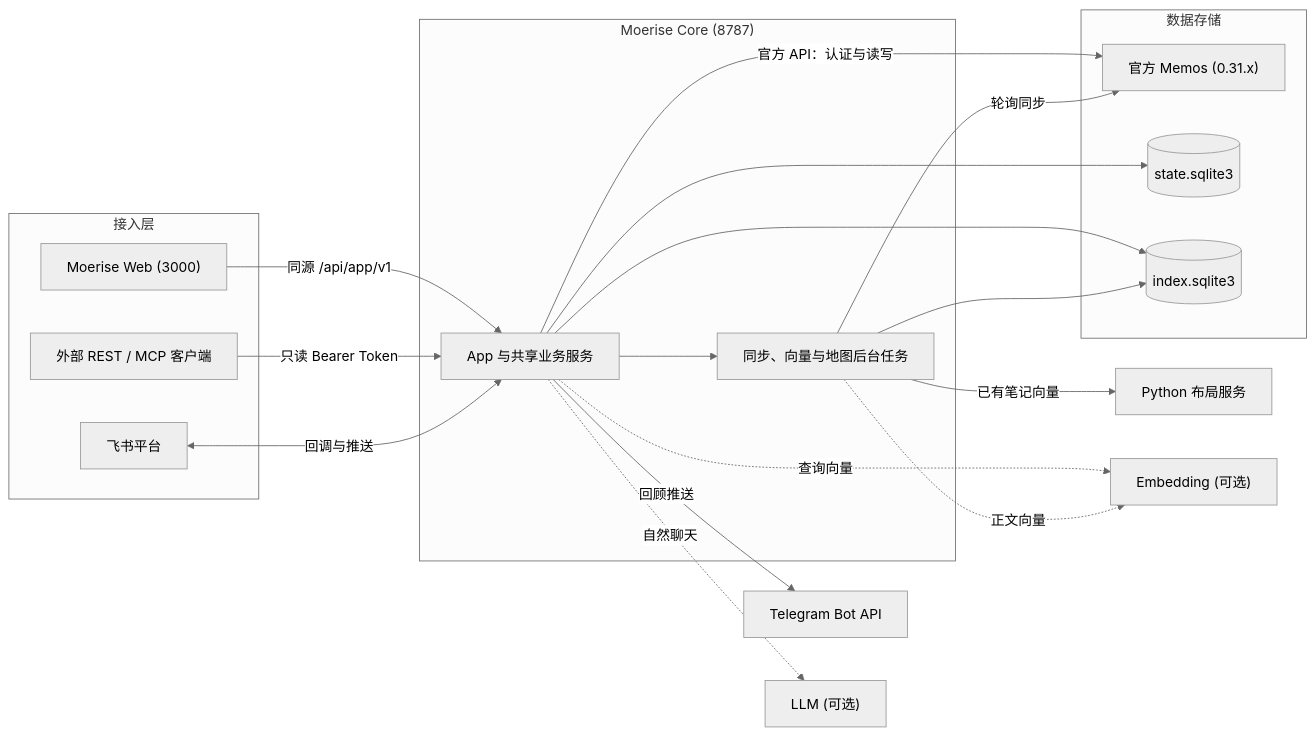
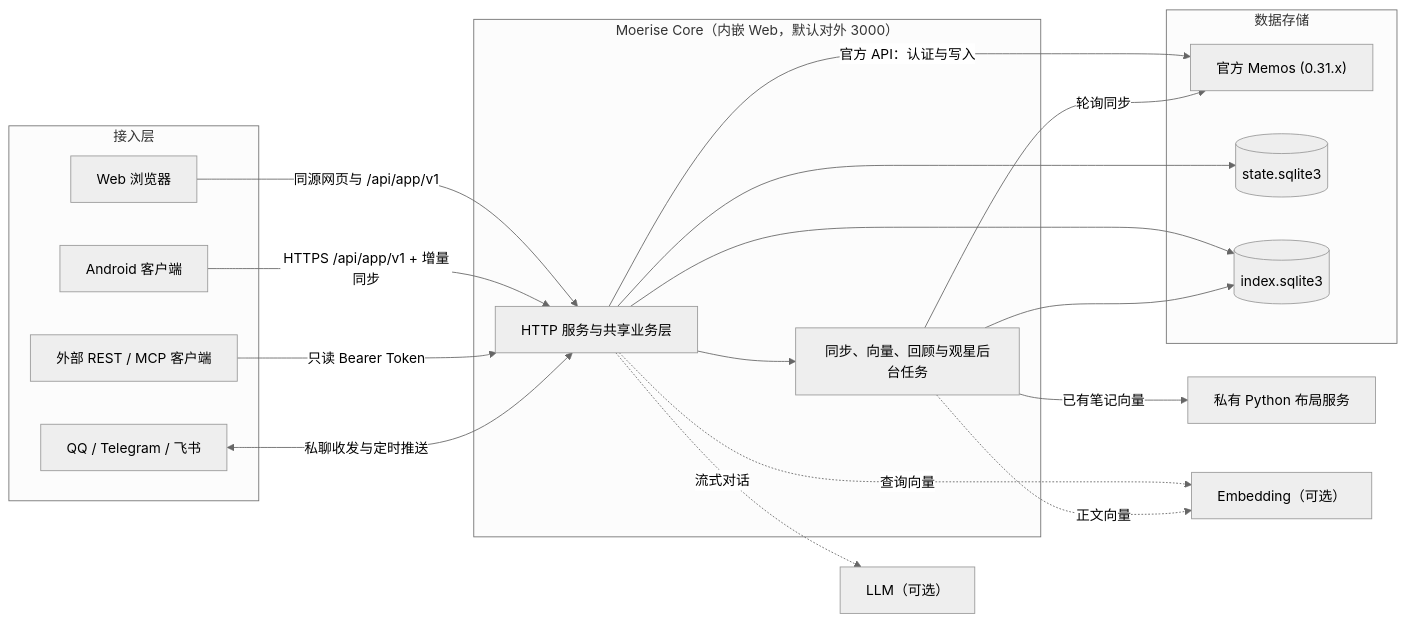
Before and after one commit to Fermin214/Moerise: the diagram in docs/PRODUCT-ARCHITECTURE.md, drawn with Mermaid (neutral theme). The commit also changed other lines of this file and 24 other files, not shown here.

````diff
--- a/docs/PRODUCT-ARCHITECTURE.md
+++ b/docs/PRODUCT-ARCHITECTURE.md
@@ -33,31 +26,32 @@
 ```mermaid
 flowchart LR
     subgraph Access["接入层"]
-        Web["Moerise Web (3000)"]
+        Web["Web 浏览器"]
+        Android["Android 客户端"]
         Agent["外部 REST / MCP 客户端"]
-        Feishu["飞书平台"]
+        Bots["QQ / Telegram / 飞书"]
     end
-    subgraph Runtime["Moerise Core (8787)"]
-        Core["App 与共享业务服务"]
-        Worker["同步、向量与地图后台任务"]
+    subgraph Runtime["Moerise Core（内嵌 Web，默认对外 3000）"]
+        Core["HTTP 服务与共享业务层"]
+        Worker["同步、向量、回顾与观星后台任务"]
         Core --> Worker
     end
     subgraph Storage["数据存储"]
         Memos["官方 Memos (0.31.x)"]
         State[("state.sqlite3")]
         Index[("index.sqlite3")]
     end
-    Web -->|"同源 /api/app/v1"| Core
+    Web -->|"同源网页与 /api/app/v1"| Core
+    Android -->|"HTTPS /api/app/v1 + 增量同步"| Core
     Agent -->|"只读 Bearer Token"| Core
-    Feishu <-->|"回调与推送"| Core
-    Core -->|"官方 API：认证与读写"| Memos
+    Bots <-->|"私聊收发与定时推送"| Core
+    Core -->|"官方 API：认证与写入"| Memos
     Core --> State
     Core --> Index
     Worker -->|"轮询同步"| Memos
     Worker --> Index
-    Worker -->|"已有笔记向量"| Layout["Python 布局服务"]
-    Core -->|"回顾推送"| Telegram["Telegram Bot API"]
-    Core -.->|"查询向量"| Embedding["Embedding (可选)"]
+    Worker -->|"已有笔记向量"| Layout["私有 Python 布局服务"]
+    Core -.->|"查询向量"| Embedding["Embedding（可选）"]
     Worker -.->|"正文向量"| Embedding
-    Core -.->|"自然聊天"| LLM["LLM (可选)"]
+    Core -.->|"流式对话"| LLM["LLM（可选）"]
 ```
````
